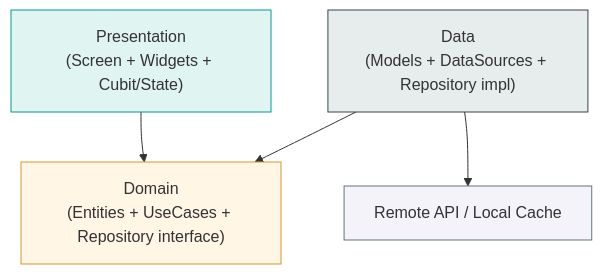
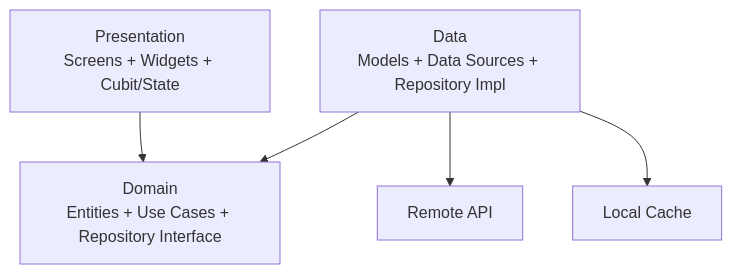
Before and after one commit to Amr8tom/Shaoni: the first of 3 diagrams in FEATURE_TEMPLATE.md, drawn with Mermaid. The commit also changed other lines of this file and 21 other files, not shown here.

````diff
--- a/FEATURE_TEMPLATE.md
+++ b/FEATURE_TEMPLATE.md
@@ -13,16 +19,13 @@
 ```mermaid
 flowchart TD
-    UI["Presentation<br/>(Screen + Widgets + Cubit/State)"]
-    DOM["Domain<br/>(Entities + UseCases + Repository interface)"]
-    DATA["Data<br/>(Models + DataSources + Repository impl)"]
-    API["Remote API / Local Cache"]
+    UI["Presentation<br/>Screens + Widgets + Cubit/State"]
+    DOMAIN["Domain<br/>Entities + Use Cases + Repository Interface"]
+    DATA["Data<br/>Models + Data Sources + Repository Impl"]
+    REMOTE["Remote API"]
+    LOCAL["Local Cache"]
 
-    UI --> DOM
-    DATA --> DOM
-    DATA --> API
-
-    style UI fill:#E0F4F1,stroke:#009D8B
-    style DOM fill:#FFF6E5,stroke:#D4962E
-    style DATA fill:#E7ECED,stroke:#37474F
-    style API fill:#f3f3f9,stroke:#62757F
+    UI --> DOMAIN
+    DATA --> DOMAIN
+    DATA --> REMOTE
+    DATA --> LOCAL
 ```
````
